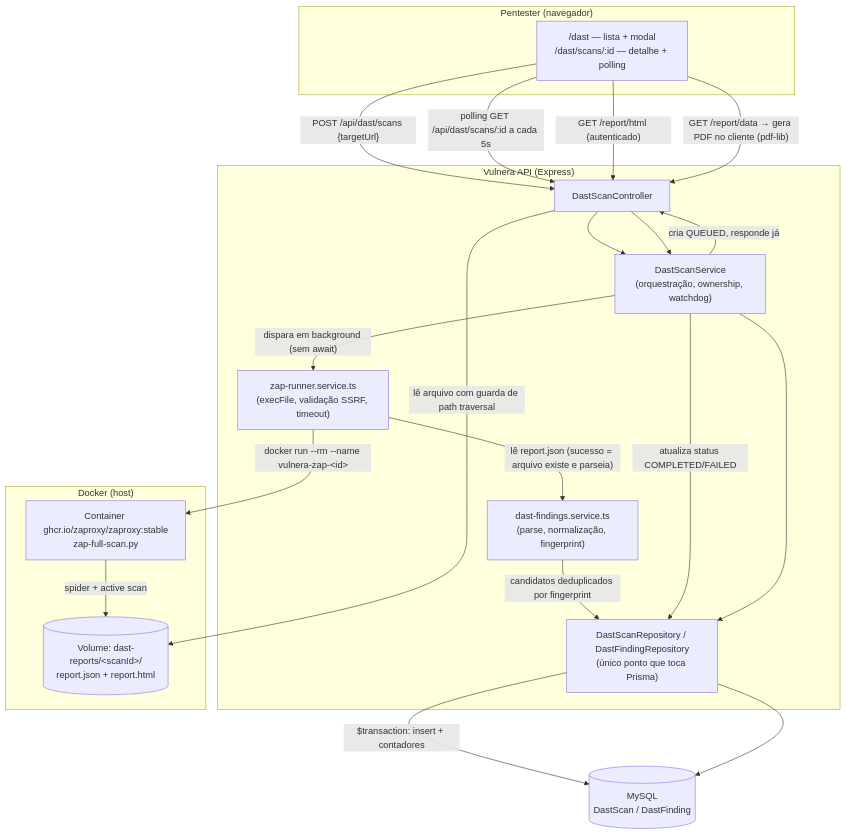
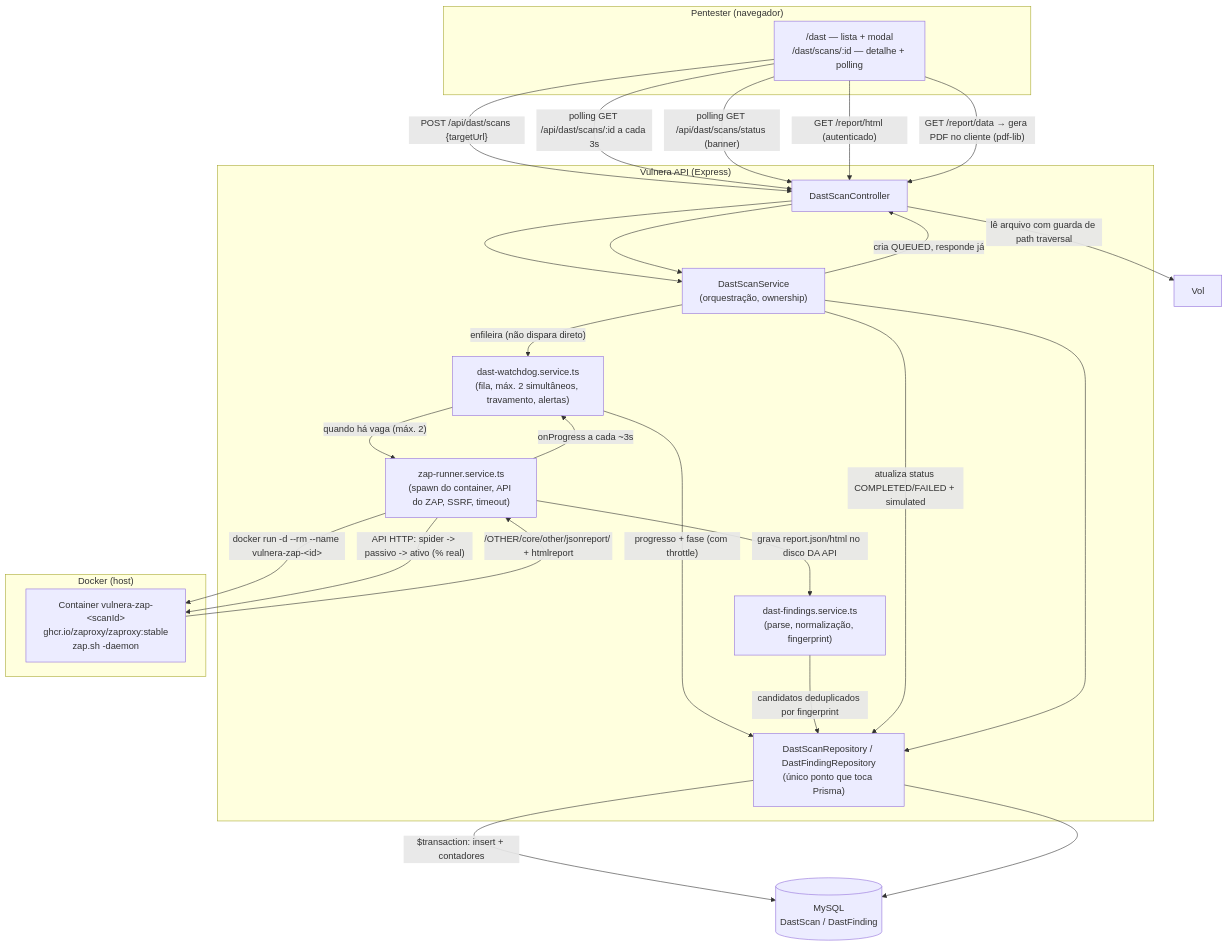
The diagram in docs/DAST.md (guimunizzz/Vulnera-TCC), drawn with Mermaid before and after one commit. The commit also changed other lines of this file and 29 other files, not shown here.

First line of the commit message:
feat(dast): scan real na stack Docker com watchdog de concorrência e progresso na UI

````diff
--- a/docs/DAST.md
+++ b/docs/DAST.md
@@ -45,41 +45,46 @@
 ```mermaid
 flowchart TD
     subgraph Cliente["Pentester (navegador)"]
         UI["/dast — lista + modal\n/dast/scans/:id — detalhe + polling"]
     end
 
     subgraph API["Vulnera API (Express)"]
         Controller["DastScanController"]
-        Service["DastScanService\n(orquestração, ownership, watchdog)"]
-        Runner["zap-runner.service.ts\n(execFile, validação SSRF, timeout)"]
+        Service["DastScanService\n(orquestração, ownership)"]
+        Watchdog["dast-watchdog.service.ts\n(fila, máx. 2 simultâneos, travamento, alertas)"]
+        Runner["zap-runner.service.ts\n(spawn do container, API do ZAP, SSRF, timeout)"]
         Pipeline["dast-findings.service.ts\n(parse, normalização, fingerprint)"]
         Repo["DastScanRepository / DastFindingRepository\n(único ponto que toca Prisma)"]
     end
 
     subgraph Docker["Docker (host)"]
-        ZAP["Container ghcr.io/zaproxy/zaproxy:stable\nzap-full-scan.py"]
-        Vol[("Volume: dast-reports/&lt;scanId&gt;/\nreport.json + report.html")]
+        ZAP["Container vulnera-zap-&lt;scanId&gt;\nghcr.io/zaproxy/zaproxy:stable\nzap.sh -daemon"]
     end
 
     DB[(MySQL\nDastScan / DastFinding)]
 
     UI -- "POST /api/dast/scans {targetUrl}" --> Controller
     Controller --> Service
     Service -- "cria QUEUED, responde já" --> Controller
-    Service -- "dispara em background (sem await)" --> Runner
-    Runner -- "docker run --rm --name vulnera-zap-&lt;id&gt;" --> ZAP
-    ZAP -- "spider + active scan" --> Vol
-    Runner -- "lê report.json (sucesso = arquivo existe e parseia)" --> Pipeline
+    Service -- "enfileira (não dispara direto)" --> Watchdog
+    Watchdog -- "quando há vaga (máx. 2)" --> Runner
+    Runner -- "docker run -d --rm --name vulnera-zap-&lt;id&gt;" --> ZAP
+    Runner -- "API HTTP: spider -> passivo -> ativo (% real)" --> ZAP
+    ZAP -- "/OTHER/core/other/jsonreport/ + htmlreport" --> Runner
+    Runner -- "grava report.json/html no disco DA API" --> Pipeline
+    Runner -- "onProgress a cada ~3s" --> Watchdog
+    Watchdog -- "progresso + fase (com throttle)" --> Repo
     Pipeline -- "candidatos deduplicados por fingerprint" --> Repo
     Repo -- "$transaction: insert + contadores" --> DB
-    Service -- "atualiza status COMPLETED/FAILED" --> Repo
+    Service -- "atualiza status COMPLETED/FAILED + simulated" --> Repo
 
-    UI -- "polling GET /api/dast/scans/:id a cada 5s" --> Controller
+    UI -- "polling GET /api/dast/scans/:id a cada 3s" --> Controller
+    UI -- "polling GET /api/dast/scans/status (banner)" --> Controller
     Controller --> Service
     Service --> Repo
     Repo --> DB
 
     UI -- "GET /report/html (autenticado)" --> Controller
     Controller -- "lê arquivo com guarda de path traversal" --> Vol
     UI -- "GET /report/data → gera PDF no cliente (pdf-lib)" --> Controller
 ```
````
